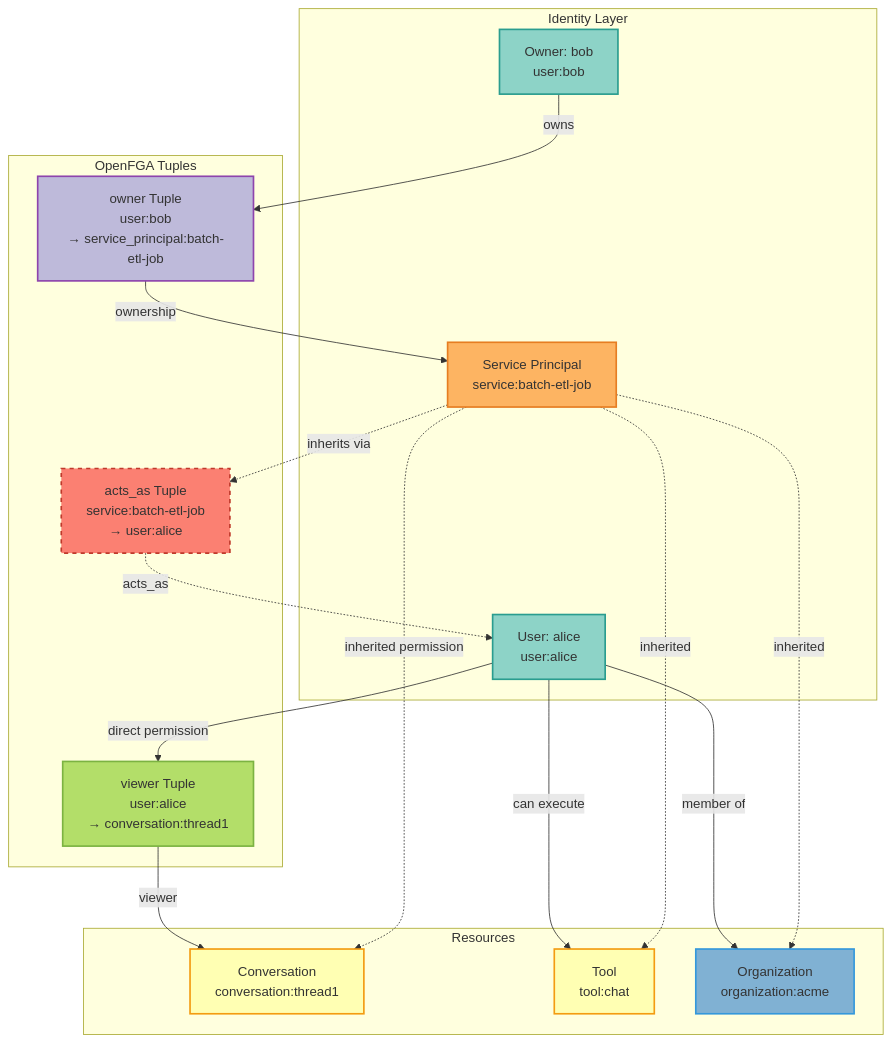
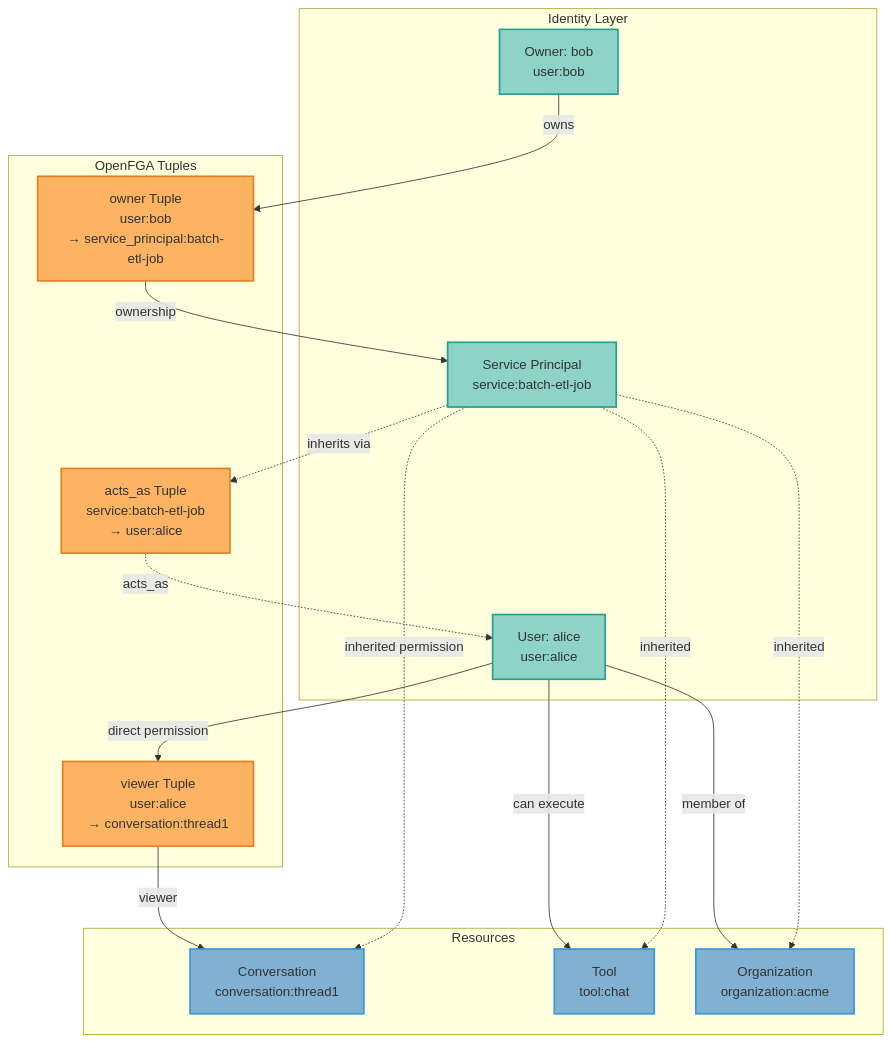
Before and after one commit to vishnu2kmohan/mcp-server-langgraph: the first of 2 diagrams in docs/architecture/adr-0039-openfga-permission-inheritance.mdx, drawn with Mermaid. The commit also changed 11 other files, not shown here.

First line of the commit message:
docs: modernize Mermaid diagrams to follow 2025 best practices

````diff
--- a/docs/architecture/adr-0039-openfga-permission-inheritance.mdx
+++ b/docs/architecture/adr-0039-openfga-permission-inheritance.mdx
@@ -48,46 +48,46 @@
 ```mermaid
 flowchart TB
     subgraph "Identity Layer"
         User[User: alice<br/>user:alice]
         SP[Service Principal<br/>service:batch-etl-job]
         Owner[Owner: bob<br/>user:bob]
     end
 
     subgraph "OpenFGA Tuples"
         Tuple1[acts_as Tuple<br/>service:batch-etl-job<br/>→ user:alice]
         Tuple2[owner Tuple<br/>user:bob<br/>→ service_principal:batch-etl-job]
         Tuple3[viewer Tuple<br/>user:alice<br/>→ conversation:thread1]
     end
 
     subgraph "Resources"
         Conv[Conversation<br/>conversation:thread1]
         Tool[Tool<br/>tool:chat]
         Org[Organization<br/>organization:acme]
     end
 
     %% Relationships
     SP -.->|inherits via| Tuple1
     Tuple1 -.->|acts_as| User
     Owner -->|owns| Tuple2
     Tuple2 -->|ownership| SP
 
     User -->|direct permission| Tuple3
     Tuple3 -->|viewer| Conv
 
     SP -.->|inherited permission| Conv
     User -->|can execute| Tool
     SP -.->|inherited| Tool
 
     User -->|member of| Org
     SP -.->|inherited| Org
 
-    style User fill:#8dd3c7,stroke:#2a9d8f,stroke-width:2px
-    style SP fill:#fdb462,stroke:#e67e22,stroke-width:2px
-    style Owner fill:#8dd3c7,stroke:#2a9d8f,stroke-width:2px
-    style Tuple1 fill:#fb8072,stroke:#c0392b,stroke-width:2px,stroke-dasharray: 5 5
-    style Tuple2 fill:#bebada,stroke:#8e44ad,stroke-width:2px
-    style Tuple3 fill:#b3de69,stroke:#7cb342,stroke-width:2px
-    style Conv fill:#ffffb3,stroke:#f39c12,stroke-width:2px
-    style Tool fill:#ffffb3,stroke:#f39c12,stroke-width:2px
-    style Org fill:#80b1d3,stroke:#3498db,stroke-width:2px
+    %% ColorBrewer2 + semantic color palette styling
+    classDef style1 fill:#8dd3c7,stroke:#2a9d8f,stroke-width:2px,color:#333
+    classDef style2 fill:#fdb462,stroke:#e67e22,stroke-width:2px,color:#333
+    classDef style3 fill:#80b1d3,stroke:#3498db,stroke-width:2px,color:#333
+
+    class User,SP,Owner style1
+    class Tuple1,Tuple2,Tuple3 style2
+    class Conv,Tool,Org style3
+
 ```
````
